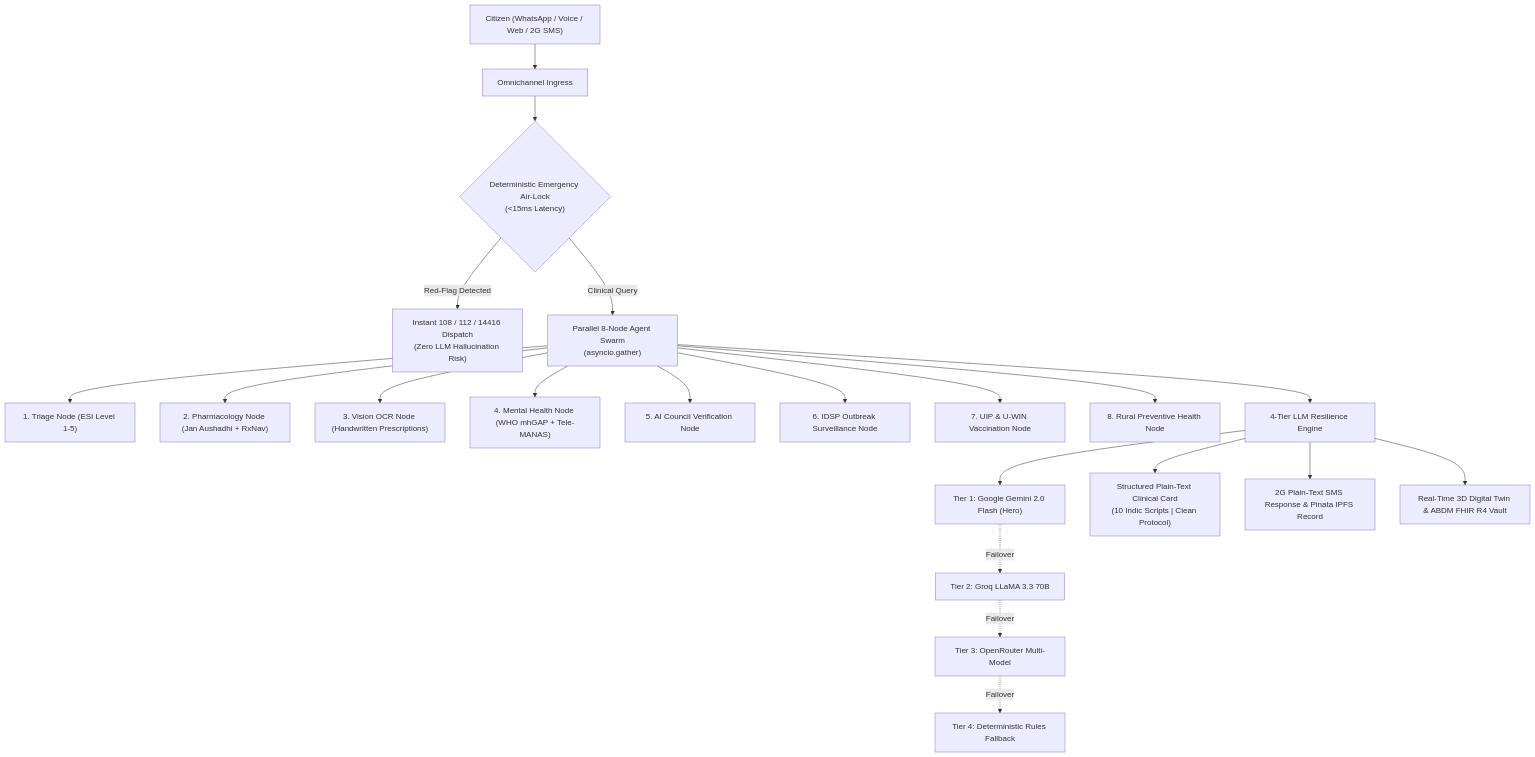
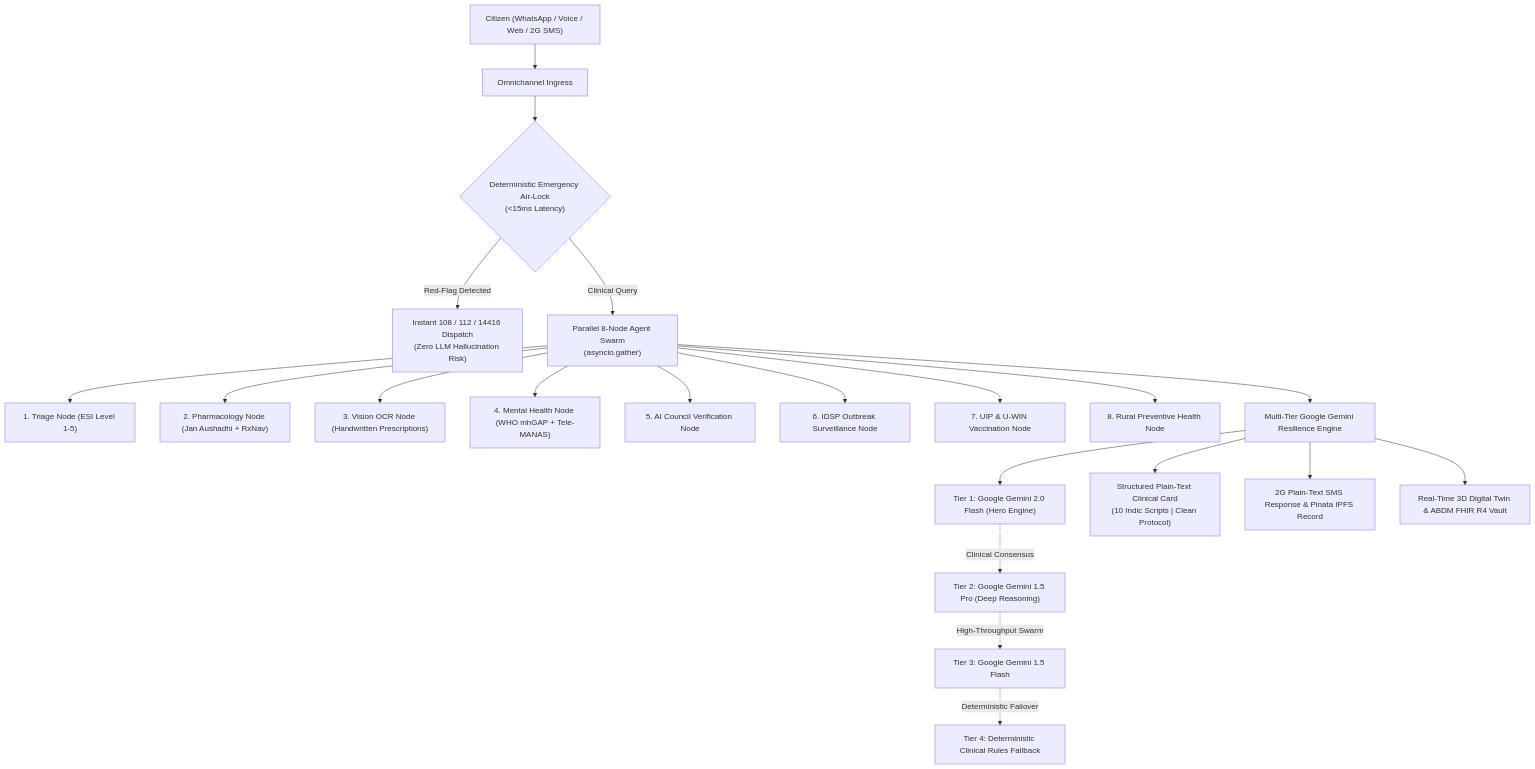
One commit to Rachit-Tiwari-7/SYNAPSE-OS changed the second of 9 diagrams in README.md. Above: the diagram before and after it, drawn with Mermaid. The commit also changed other lines of this file and 15 other files, not shown here.

Commit message:
docs & architecture: standardize on Google Gemini 2.0 Flash and elevate municipal immune system

````diff
--- a/README.md
+++ b/README.md
@@ -78,27 +104,27 @@
 ```mermaid
 graph TD
     User["Citizen (WhatsApp / Voice / Web / 2G SMS)"] --> Gateway["Omnichannel Ingress"]
     Gateway --> Safety{"Deterministic Emergency Air-Lock<br/>(<15ms Latency)"}
     
     Safety -->|Red-Flag Detected| FastTrack["Instant 108 / 112 / 14416 Dispatch<br/>(Zero LLM Hallucination Risk)"]
     
     Safety -->|Clinical Query| Swarm["Parallel 8-Node Agent Swarm<br/>(asyncio.gather)"]
     Swarm --> Triage["1. Triage Node (ESI Level 1-5)"]
     Swarm --> Pharm["2. Pharmacology Node (Jan Aushadhi + RxNav)"]
     Swarm --> OCR["3. Vision OCR Node (Handwritten Prescriptions)"]
     Swarm --> Mental["4. Mental Health Node (WHO mhGAP + Tele-MANAS)"]
     Swarm --> Verifier["5. AI Council Verification Node"]
     Swarm --> Outbreak["6. IDSP Outbreak Surveillance Node"]
     Swarm --> Vaccine["7. UIP & U-WIN Vaccination Node"]
     Swarm --> Prevent["8. Rural Preventive Health Node"]
     
-    Swarm --> Cascade["4-Tier LLM Resilience Engine"]
-    Cascade --> Gemini["Tier 1: Google Gemini 2.0 Flash (Hero)"]
-    Gemini -.->|Failover| Groq["Tier 2: Groq LLaMA 3.3 70B"]
-    Groq -.->|Failover| OpenRouter["Tier 3: OpenRouter Multi-Model"]
-    OpenRouter -.->|Failover| Mock["Tier 4: Deterministic Rules Fallback"]
+    Swarm --> Cascade["Multi-Tier Google Gemini Resilience Engine"]
+    Cascade --> Gemini["Tier 1: Google Gemini 2.0 Flash (Hero Engine)"]
+    Gemini -.->|Clinical Consensus| Pro["Tier 2: Google Gemini 1.5 Pro (Deep Reasoning)"]
+    Pro -.->|High-Throughput Swarm| Flash["Tier 3: Google Gemini 1.5 Flash"]
+    Flash -.->|Deterministic Failover| Mock["Tier 4: Deterministic Clinical Rules Fallback"]
     
     Cascade --> Out["Structured Plain-Text Clinical Card<br/>(10 Indic Scripts | Clean Protocol)"]
     Cascade --> SMS["2G Plain-Text SMS Response & Pinata IPFS Record"]
     Cascade --> Twin["Real-Time 3D Digital Twin & ABDM FHIR R4 Vault"]
 ```
````
